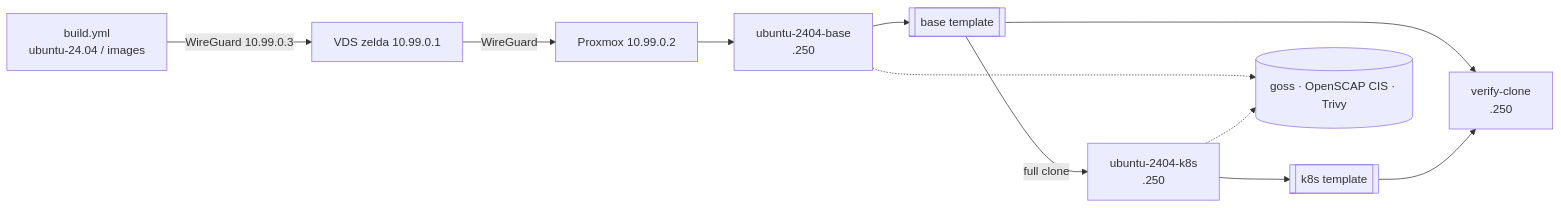
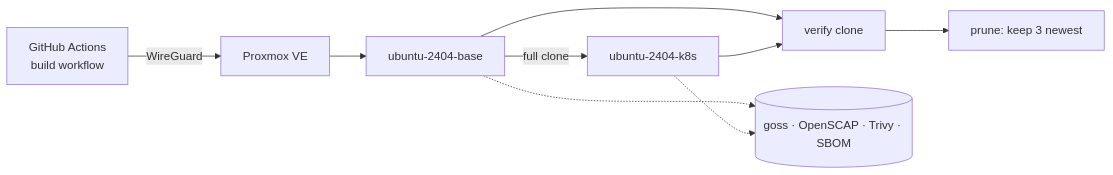
One commit to sogeor/images changed the diagram in README.md. Above: the diagram before and after it, drawn with Mermaid. The commit also changed other lines of this file and 32 other files, not shown here.

````diff
--- a/README.md
+++ b/README.md
@@ -19,11 +20,9 @@
 ```mermaid
 flowchart LR
-  B[build.yml<br/>ubuntu-24.04 / images] -->|WireGuard 10.99.0.3| E[VDS zelda 10.99.0.1]
-  E -->|WireGuard| PVE[Proxmox 10.99.0.2]
-  PVE --> BASE[ubuntu-2404-base<br/>.250]
-  BASE --> TB[[base template]]
-  TB -->|full clone| K8S[ubuntu-2404-k8s<br/>.250]
-  K8S --> TK[[k8s template]]
-  TB & TK --> VC[verify-clone<br/>.250]
-  BASE & K8S -.-> R[(goss · OpenSCAP CIS · Trivy)]
+  GH[GitHub Actions<br/>build workflow] -->|WireGuard| PVE[Proxmox VE]
+  PVE --> B[ubuntu-2404-base]
+  B -->|full clone| K[ubuntu-2404-k8s]
+  B & K --> V[verify clone]
+  B & K -.-> R[(goss · OpenSCAP · Trivy · SBOM)]
+  V --> P[prune: keep 3 newest]
 ```
````
